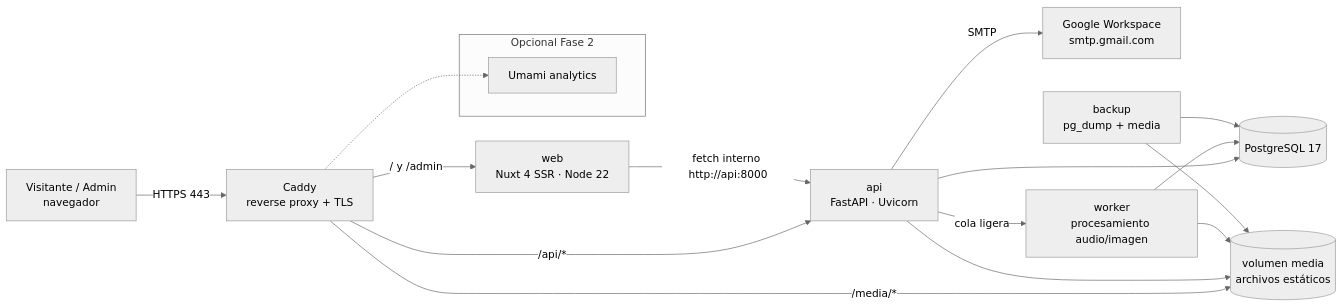
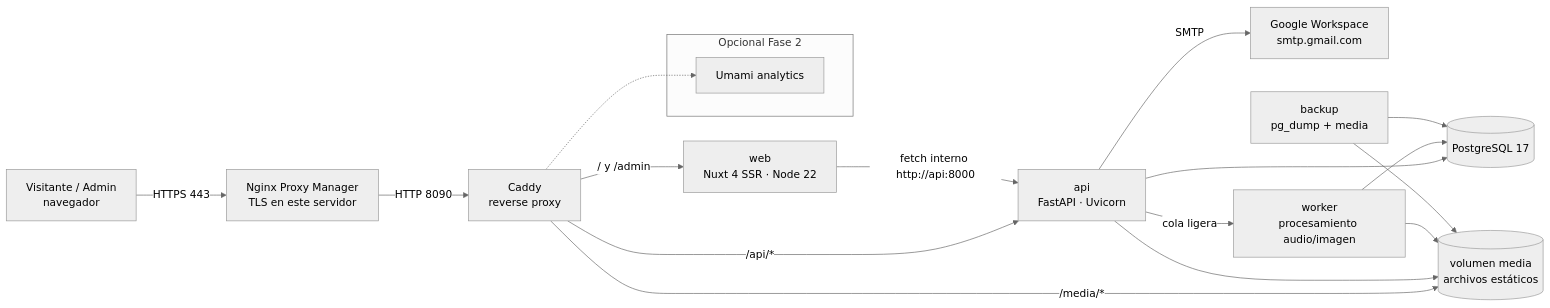
The diagram in docs/sdd/02-arquitectura.md (saea98/pagina_ram), drawn with Mermaid (neutral theme) before and after one commit. The commit also changed other lines of this file and 7 other files, not shown here.

````diff
--- a/docs/sdd/02-arquitectura.md
+++ b/docs/sdd/02-arquitectura.md
@@ -7,20 +7,21 @@
 ```mermaid
 flowchart LR
-  U[Visitante / Admin<br/>navegador] -->|HTTPS 443| C[Caddy<br/>reverse proxy + TLS]
+  U[Visitante / Admin<br/>navegador] -->|HTTPS 443| N[Nginx Proxy Manager<br/>TLS en este servidor]
+  N -->|HTTP 8090| C[Caddy<br/>reverse proxy]
   C -->|/ y /admin| W[web<br/>Nuxt 4 SSR · Node 22]
   C -->|/api/*| A[api<br/>FastAPI · Uvicorn]
   C -->|/media/*| M[(volumen media<br/>archivos estáticos)]
   W -->|fetch interno http://api:8000| A
   A --> D[(PostgreSQL 17)]
   A --> M
   A -->|SMTP| E[Google Workspace<br/>smtp.gmail.com]
   A -->|cola ligera| Wk[worker<br/>procesamiento audio/imagen]
   Wk --> M
   Wk --> D
   B[backup<br/>pg_dump + media] --> D
   B --> M
   subgraph opcional [Opcional Fase 2]
     UM[Umami analytics]
   end
   C -.-> UM
 ```
````
